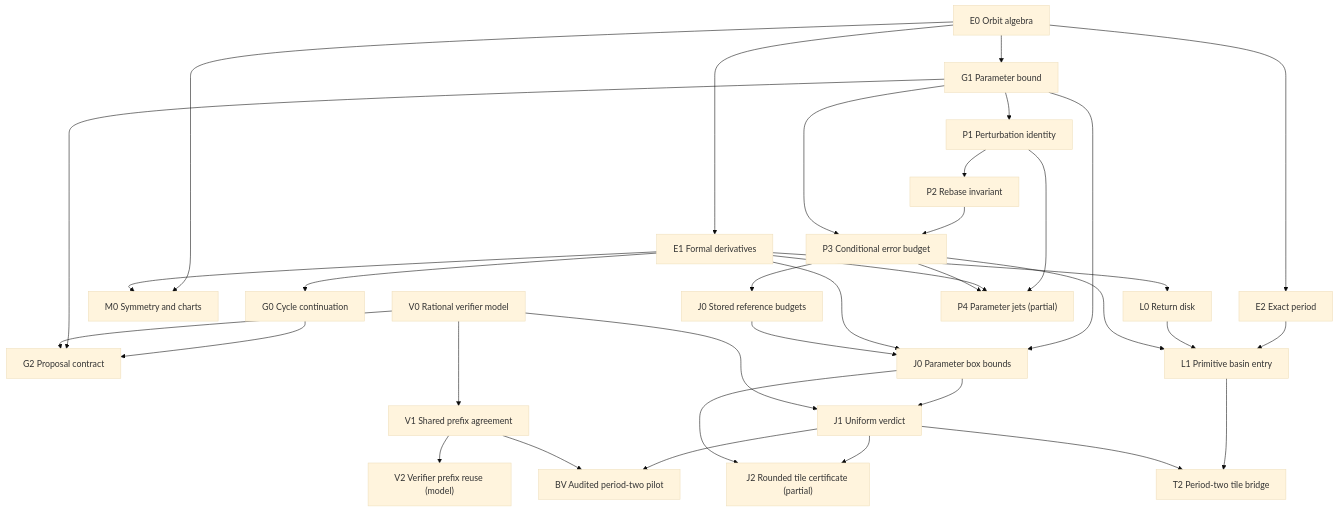
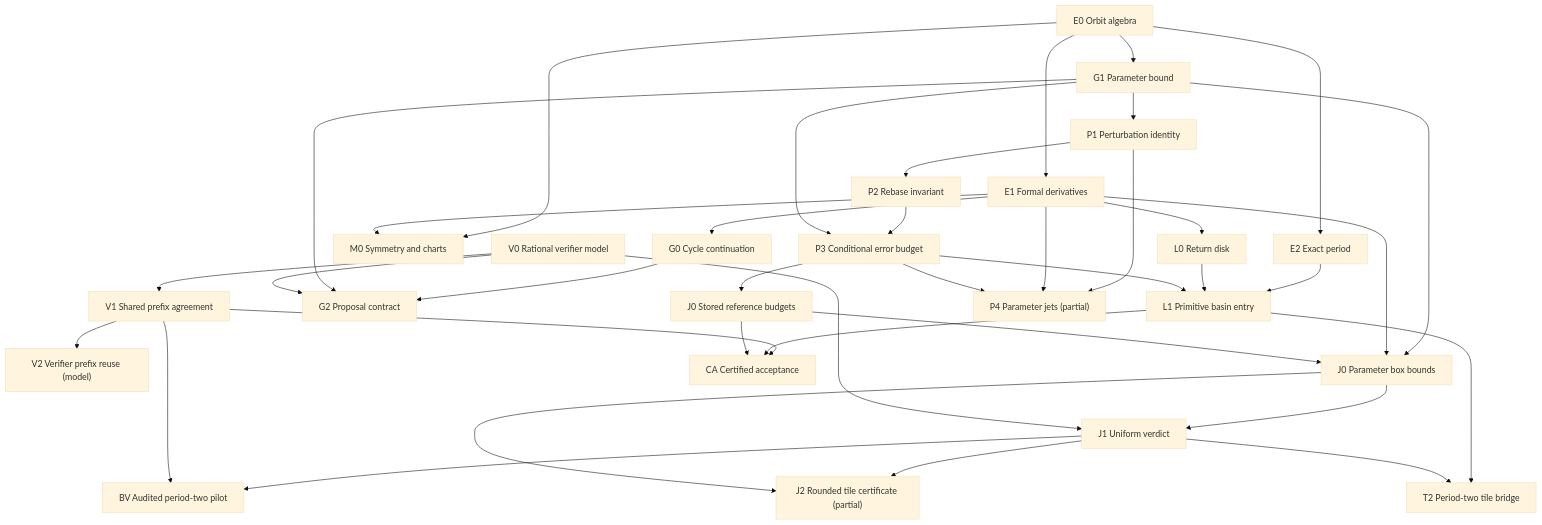
The diagram in docs/verification/LEAN-PROOF-DAG.md (Aaron-Fine/int-M-), drawn with Mermaid (base theme) before and after one commit. The commit also changed other lines of this file and 5 other files, not shown here.

First line of the commit message:
Prove the generic certified-acceptance bridge from V0/V1 to attracting cycles

````diff
--- a/docs/verification/LEAN-PROOF-DAG.md
+++ b/docs/verification/LEAN-PROOF-DAG.md
@@ -7,38 +7,41 @@
 ```mermaid
 flowchart TD
   E0["E0 Orbit algebra"] --> E1["E1 Formal derivatives"]
   E0 --> E2["E2 Exact period"]
   E0 --> M0["M0 Symmetry and charts"]
   E1 --> M0
   V0["V0 Rational verifier model"]
   V0 --> V1["V1 Shared prefix agreement"]
   V1 --> V2["V2 Verifier prefix reuse (model)"]
   E1 --> G0["G0 Cycle continuation"]
   E0 --> G1["G1 Parameter bound"]
   G0 --> G2["G2 Proposal contract"]
   G1 --> G2
   V0 --> G2
   E1 --> L0["L0 Return disk"]
   E2 --> L1["L1 Primitive basin entry"]
   L0 --> L1
   G1 --> J0["J0 Parameter box bounds"]
   E1 --> J0
   J0 --> J1["J1 Uniform verdict"]
   V0 --> J1
   J1 --> J2["J2 Rounded tile certificate (partial)"]
   J1 --> BV["BV Audited period-two pilot"]
   V1 --> BV
   L1 --> T2["T2 Period-two tile bridge"]
+  V1 --> CA["CA Certified acceptance"]
+  L1 --> CA
+  J0S --> CA
   J1 --> T2
   G1 --> P1["P1 Perturbation identity"]
   P1 --> P2["P2 Rebase invariant"]
   P2 --> P3["P3 Conditional error budget"]
   G1 --> P3
   P3 --> J0S["J0 Stored reference budgets"]
   J0S --> J0
   J0 --> J2
   P3 --> L1
   P1 --> P4["P4 Parameter jets (partial)"]
   E1 --> P4
   P3 --> P4
 ```
````
